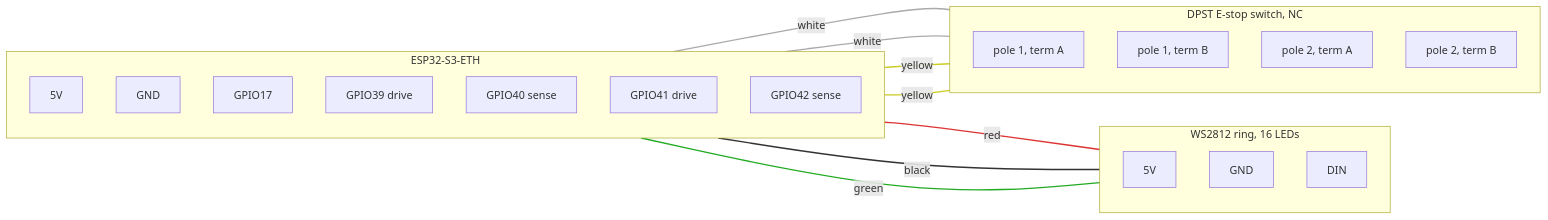
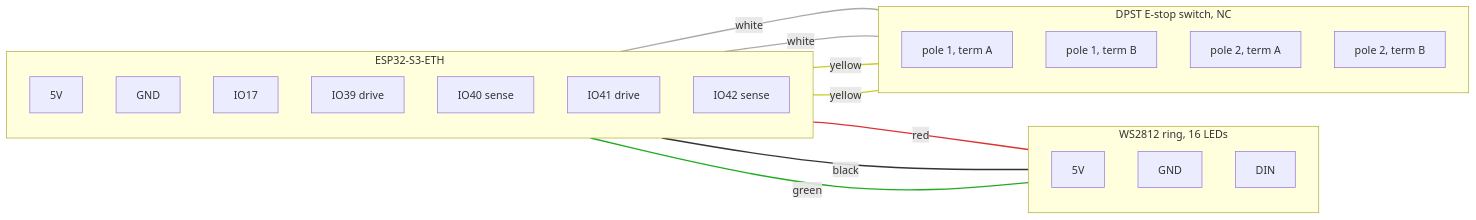
Before and after one commit to polymathrobotics/protective-stop: the diagram in hardware/README.md, drawn with Mermaid. The commit also changed other lines of this file and 3 other files, not shown here.

````diff
--- a/hardware/README.md
+++ b/hardware/README.md
@@ -35,42 +36,42 @@
 ```mermaid
 flowchart LR
     subgraph BOARD["ESP32-S3-ETH"]
         direction TB
         P5V["5V"]
         GND["GND"]
-        G17["GPIO17"]
-        G39["GPIO39 drive"]
-        G40["GPIO40 sense"]
-        G41["GPIO41 drive"]
-        G42["GPIO42 sense"]
+        G17["IO17"]
+        G39["IO39 drive"]
+        G40["IO40 sense"]
+        G41["IO41 drive"]
+        G42["IO42 sense"]
     end
 
     subgraph RING["WS2812 ring, 16 LEDs"]
         direction TB
         RV["5V"]
         RG["GND"]
         RD["DIN"]
     end
 
     subgraph SW["DPST E-stop switch, NC"]
         direction TB
         P1A["pole 1, term A"]
         P1B["pole 1, term B"]
         P2A["pole 2, term A"]
         P2B["pole 2, term B"]
     end
 
     P5V --- |red| RV
     GND --- |black| RG
     G17 --- |green| RD
     G39 --- |white| P1A
     G40 --- |white| P1B
     G41 --- |yellow| P2A
     G42 --- |yellow| P2B
 
     linkStyle 0 stroke:#d33,stroke-width:2px
     linkStyle 1 stroke:#333,stroke-width:2px
     linkStyle 2 stroke:#2a2,stroke-width:2px
     linkStyle 3,4 stroke:#aaa,stroke-width:2px
     linkStyle 5,6 stroke:#cc2,stroke-width:2px
 ```
````
